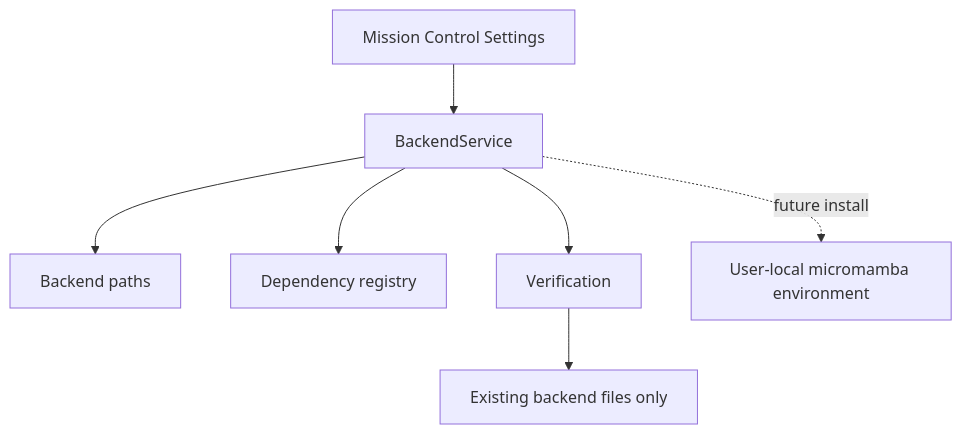
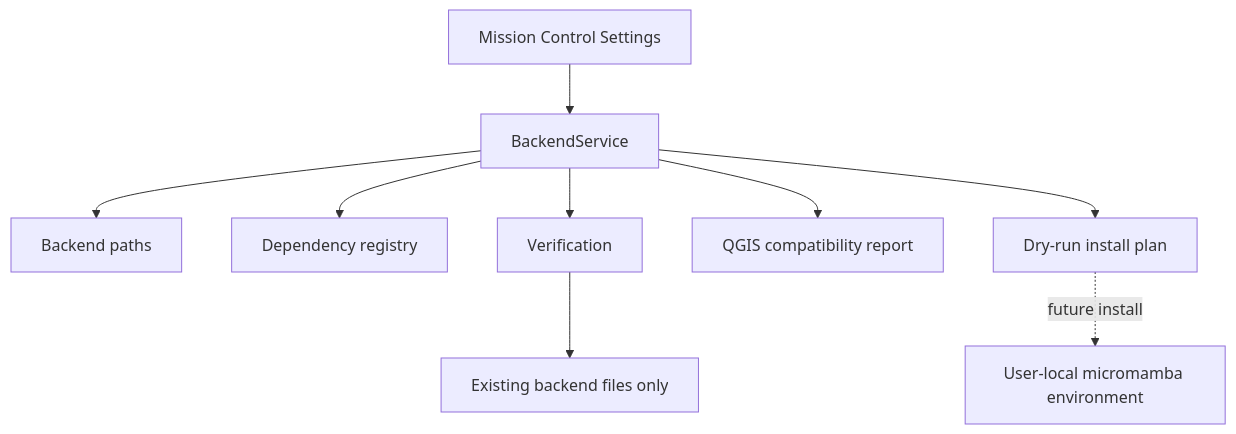
One commit to sticholas/pyforestscan-qgis changed the fifth of 5 diagrams in docs/ARCHITECTURE.md. Above: the diagram before and after it, drawn with Mermaid. The commit also changed other lines of this file and 25 other files, not shown here.

Commit message:
Phase 22B: Add PBM install planning and QGIS compatibility layer

````diff
--- a/docs/ARCHITECTURE.md
+++ b/docs/ARCHITECTURE.md
@@ -143,9 +143,11 @@
 ```mermaid
 flowchart TD
     A["Mission Control Settings"] --> B["BackendService"]
     B --> C["Backend paths"]
     B --> D["Dependency registry"]
     B --> E["Verification"]
+    B --> H["QGIS compatibility report"]
+    B --> I["Dry-run install plan"]
     E --> F["Existing backend files only"]
-    B -."future install".-> G["User-local micromamba environment"]
+    I -."future install".-> G["User-local micromamba environment"]
 ```
````
